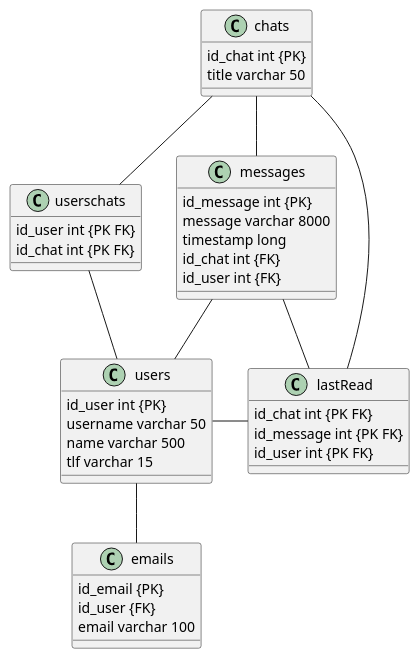
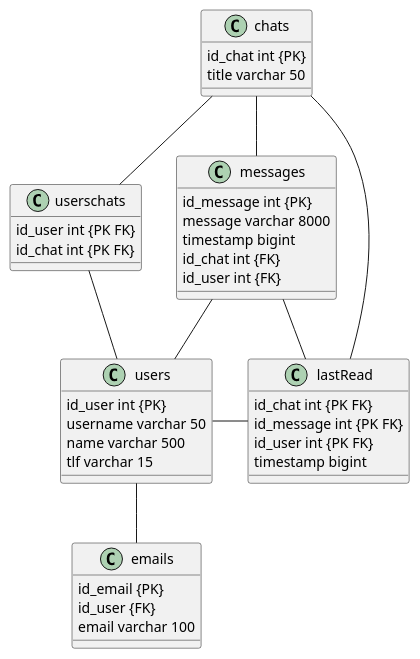
One commit to freebattie/pg209exam-freebattie changed the diagram in documents/db_ER-model.puml. Above: the diagram before and after it, drawn with PlantUML. The commit also changed 7 other files, not shown here.

```diff
--- a/documents/db_ER-model.puml
+++ b/documents/db_ER-model.puml
@@ -1,54 +1,55 @@
 @startuml
 'https://plantuml.com/class-diagram
 
 chats -- userschats
 chats -- messages
 chats --- lastRead
 
 userschats -- users
 
 messages -- users
 messages -- lastRead
 
 users - lastRead
 users -- emails
 
 class chats{
     id_chat int {PK}
     title varchar 50
 }
 
 class userschats{
     id_user int {PK FK}
     id_chat int {PK FK}
 }
 
 class messages {
     id_message int {PK}
     message varchar 8000
-    timestamp long
+    timestamp bigint
     id_chat int {FK}
     id_user int {FK}
 
 }
 
 class lastRead{
     id_chat int {PK FK}
     id_message int {PK FK}
     id_user int {PK FK}
+    timestamp bigint
 }
 
 class users {
     id_user int {PK}
     username varchar 50
     name varchar 500
     tlf varchar 15
 }
 
 class emails {
     id_email {PK}
     id_user {FK}
     email varchar 100
 }
 
 @enduml
```
